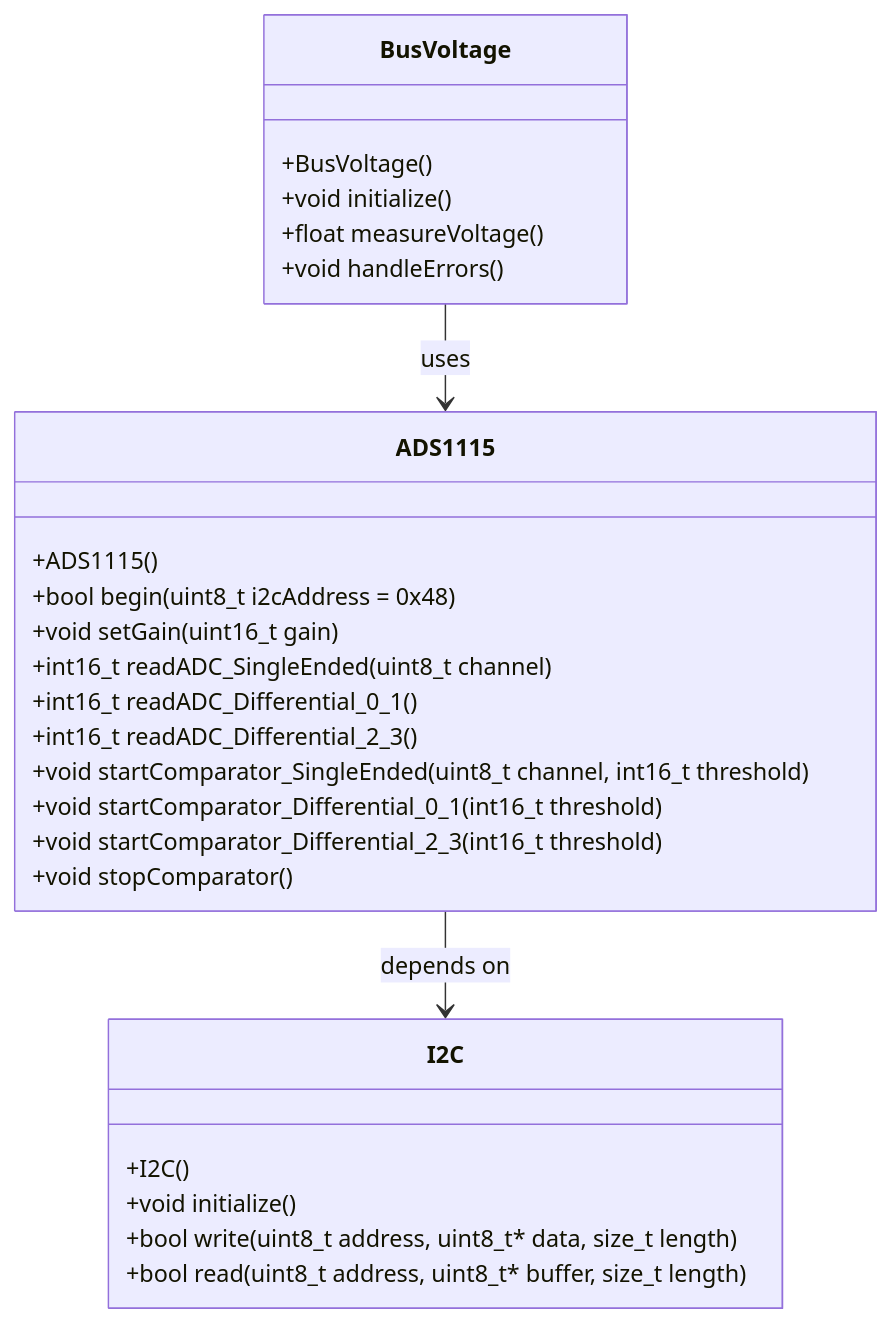
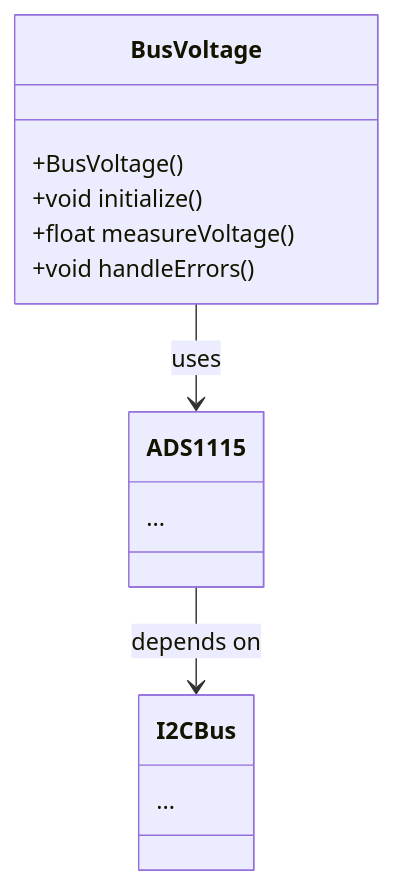
The second of 4 diagrams in solar_panel/Documents/AppNotes/BusVoltage.md (hquiroz-1988/esp), drawn with Mermaid before and after one commit. The commit also changed other lines of this file, not shown here.

````diff
--- a/solar_panel/Documents/AppNotes/BusVoltage.md
+++ b/solar_panel/Documents/AppNotes/BusVoltage.md
@@ -16,30 +45,18 @@
 ```mermaid
 classDiagram
     class BusVoltage {
         +BusVoltage()
         +void initialize()
         +float measureVoltage()
         +void handleErrors()
     }
     class ADS1115 {
-        +ADS1115()
-        +bool begin(uint8_t i2cAddress = 0x48)
-        +void setGain(uint16_t gain)
-        +int16_t readADC_SingleEnded(uint8_t channel)
-        +int16_t readADC_Differential_0_1()
-        +int16_t readADC_Differential_2_3()
-        +void startComparator_SingleEnded(uint8_t channel, int16_t threshold)
-        +void startComparator_Differential_0_1(int16_t threshold)
-        +void startComparator_Differential_2_3(int16_t threshold)
-        +void stopComparator()
+        ...
     }
-    class I2C {
-        +I2C()
-        +void initialize()
-        +bool write(uint8_t address, uint8_t* data, size_t length)
-        +bool read(uint8_t address, uint8_t* buffer, size_t length)
+    class I2CBus {
+        ...
     }
 
     BusVoltage --> ADS1115 : uses
-    ADS1115 --> I2C : depends on
+    ADS1115 --> I2CBus : depends on
 ```
````
